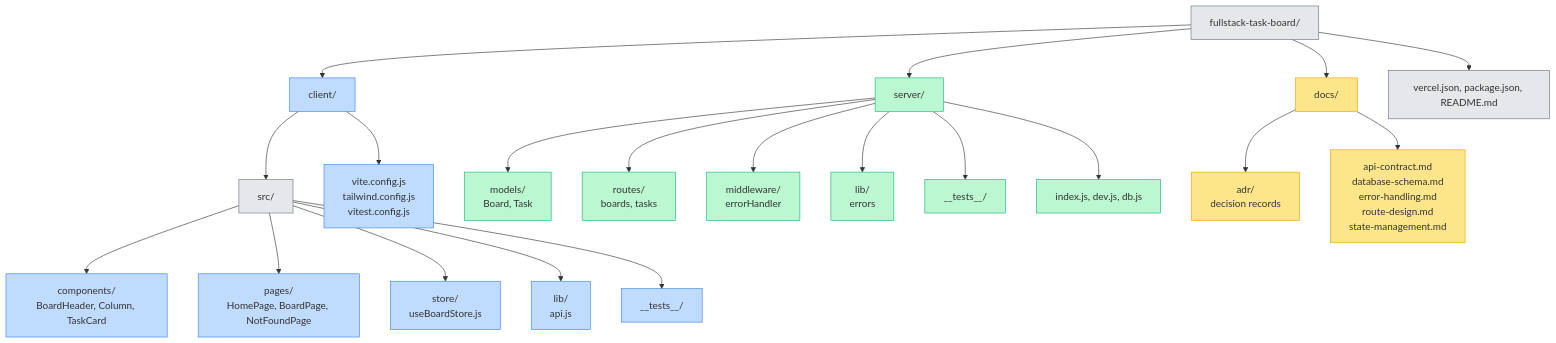
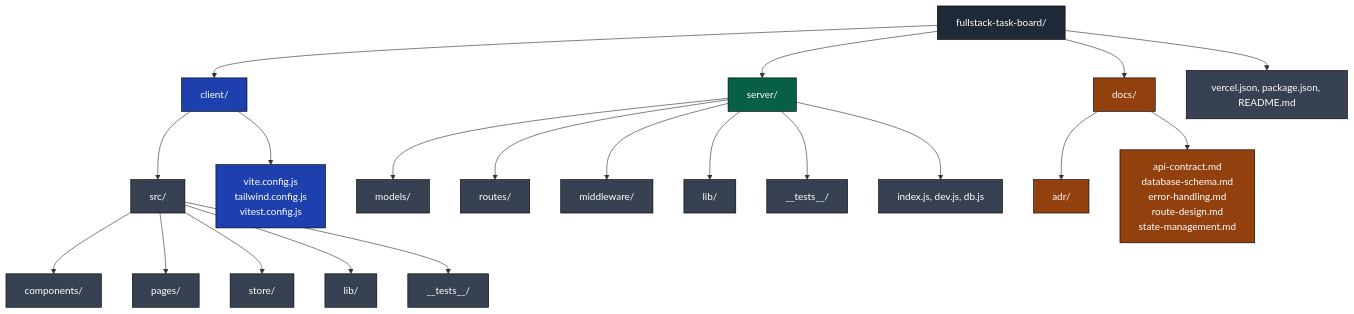
One commit to ahmadkhalil2021/fullstack-task-board changed the first of 7 diagrams in docs/build-architecture.md. Above: the diagram before and after it, drawn with Mermaid. The commit also changed other lines of this file, not shown here.

First line of the commit message:
Force dark backgrounds + white text in all Mermaid diagrams

````diff
--- a/docs/build-architecture.md
+++ b/docs/build-architecture.md
@@ -11,35 +11,39 @@
 ```mermaid
 graph TD
     Root[fullstack-task-board/] --> Client[client/]
     Root --> Server[server/]
     Root --> Docs[docs/]
     Root --> Config[vercel.json, package.json, README.md]
 
     Client --> CSrc[src/]
     Client --> CConfig[vite.config.js<br/>tailwind.config.js<br/>vitest.config.js]
-
-    CSrc --> CComp[components/<br/>BoardHeader, Column, TaskCard]
-    CSrc --> CPage[pages/<br/>HomePage, BoardPage, NotFoundPage]
-    CSrc --> CStore[store/<br/>useBoardStore.js]
-    CSrc --> CLib[lib/<br/>api.js]
+    CSrc --> CComp[components/]
+    CSrc --> CPage[pages/]
+    CSrc --> CStore[store/]
+    CSrc --> CLib[lib/]
     CSrc --> CTest[__tests__/]
 
-    Server --> SModels[models/<br/>Board, Task]
-    Server --> SRoutes[routes/<br/>boards, tasks]
-    Server --> SMid[middleware/<br/>errorHandler]
-    Server --> SLib[lib/<br/>errors]
+    Server --> SModels[models/]
+    Server --> SRoutes[routes/]
+    Server --> SMid[middleware/]
+    Server --> SLib[lib/]
     Server --> STest[__tests__/]
     Server --> SEntry[index.js, dev.js, db.js]
 
-    Docs --> Adr[adr/<br/>decision records]
+    Docs --> Adr[adr/]
     Docs --> Refs[api-contract.md<br/>database-schema.md<br/>error-handling.md<br/>route-design.md<br/>state-management.md]
 
-    classDef default fill:#e5e7eb,stroke:#6b7280
-    classDef client fill:#bfdbfe,stroke:#3b82f6
-    classDef server fill:#bbf7d0,stroke:#10b981
-    classDef docs fill:#fde68a,stroke:#f59e0b
+    classDef rootNode fill:#1f2937,stroke:#000,color:#fff
+    classDef clientNode fill:#1e40af,stroke:#000,color:#fff
+    classDef serverNode fill:#065f46,stroke:#000,color:#fff
+    classDef docsNode fill:#92400e,stroke:#000,color:#fff
+    classDef leafNode fill:#374151,stroke:#000,color:#fff
 
-    class Client,CComp,CPage,CStore,CLib,CTest,CConfig client
-    class Server,SModels,SRoutes,SMid,SLib,STest,SEntry server
-    class Docs,Adr,Refs docs
+    class Root rootNode
+    class Client,CConfig clientNode
+    class CSrc,CComp,CPage,CStore,CLib,CTest leafNode
+    class Server serverNode
+    class SModels,SRoutes,SMid,SLib,STest,SEntry leafNode
+    class Docs,Adr,Refs docsNode
+    class Config leafNode
 ```
````
